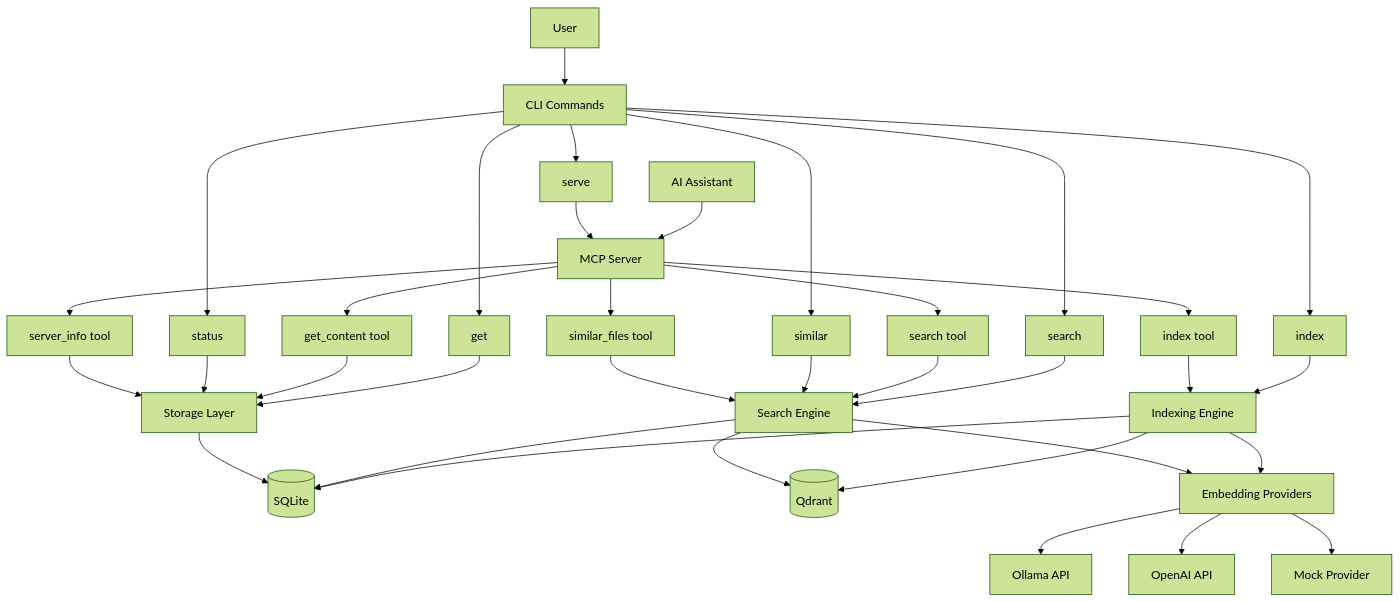
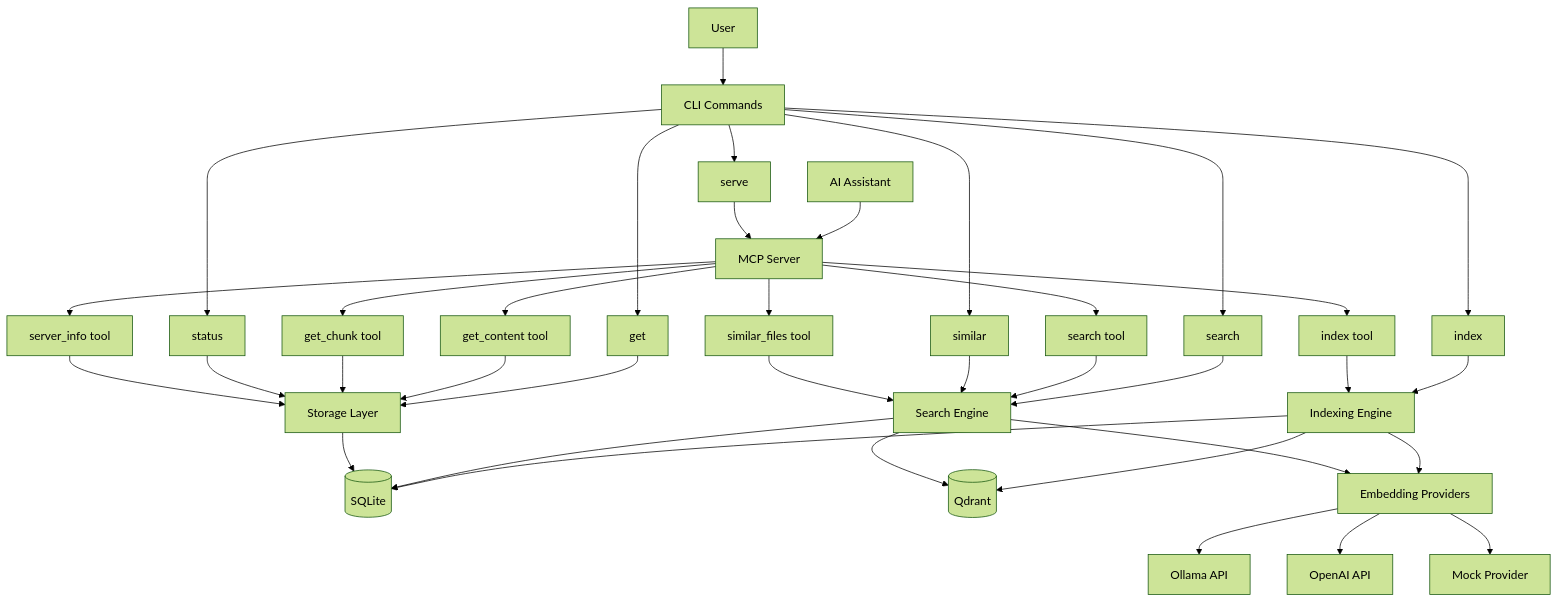
The first of 7 diagrams in docs/flows.md (peteretelej/directory-indexer), drawn with Mermaid (forest theme) before and after one commit. The commit also changed other lines of this file and 2 other files, not shown here.

Commit message:
docs: document search ranking and get_chunk

````diff
--- a/docs/flows.md
+++ b/docs/flows.md
@@ -5,47 +5,49 @@
 ```mermaid
 graph TB
     User[User] --> CLI[CLI Commands]
     AI[AI Assistant] --> MCP[MCP Server]
     
     CLI --> IndexCmd[index]
     CLI --> SearchCmd[search]
     CLI --> SimilarCmd[similar]
     CLI --> GetCmd[get]
     CLI --> StatusCmd[status]
     CLI --> ServeCmd[serve]
     
     MCP --> IndexTool[index tool]
     MCP --> SearchTool[search tool]
     MCP --> SimilarTool[similar_files tool]
     MCP --> GetTool[get_content tool]
+    MCP --> ChunkTool[get_chunk tool]
     MCP --> InfoTool[server_info tool]
     
     IndexCmd --> Engine[Indexing Engine]
     IndexTool --> Engine
     
     SearchCmd --> Search[Search Engine]
     SearchTool --> Search
     SimilarCmd --> Search
     SimilarTool --> Search
     
     GetCmd --> Storage[Storage Layer]
     GetTool --> Storage
+    ChunkTool --> Storage
     StatusCmd --> Storage
     InfoTool --> Storage
     
     ServeCmd --> MCP
     
     Engine --> SQLite[(SQLite)]
     Engine --> Qdrant[(Qdrant)]
     Engine --> Providers[Embedding Providers]
     
     Search --> SQLite
     Search --> Qdrant
     Search --> Providers
     
     Storage --> SQLite
     
     Providers --> Ollama[Ollama API]
     Providers --> OpenAI[OpenAI API]
     Providers --> Mock[Mock Provider]
 ```
````
